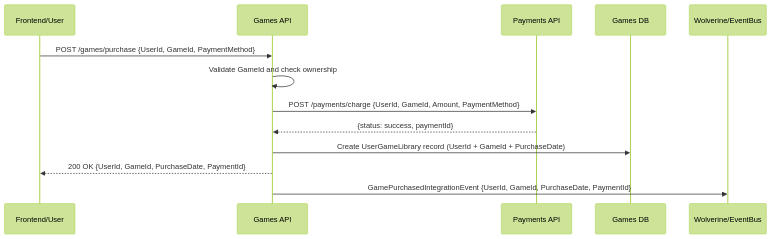
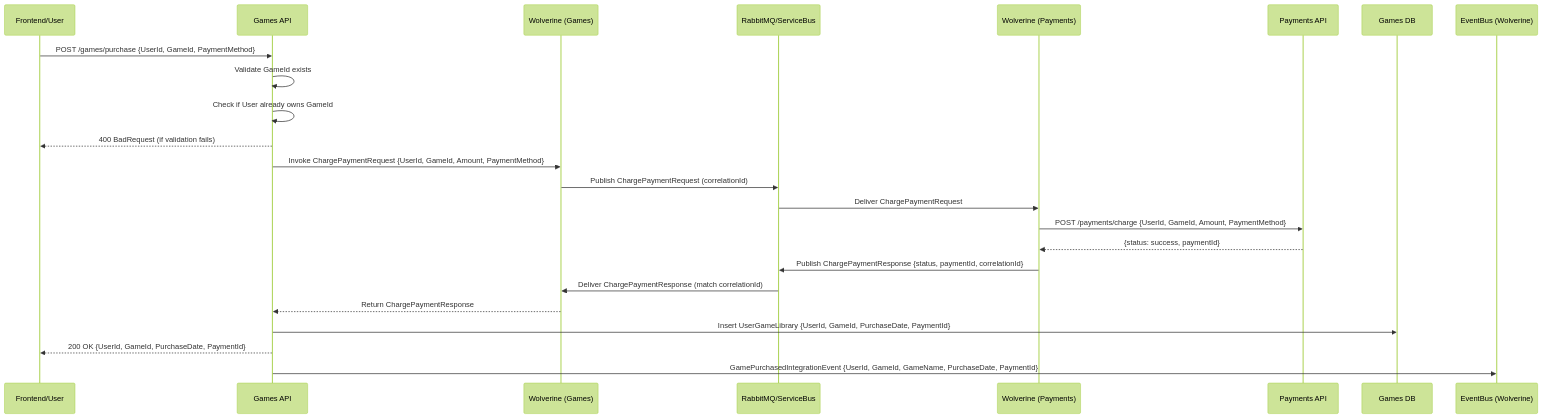
The diagram in README.md (rdpresser/tc-cloudgames-payments), drawn with Mermaid (forest theme) before and after one commit.

Commit message:
ajuste diagrama

````diff
--- a/README.md
+++ b/README.md
@@ -236,16 +235,27 @@
 ```mermaid
 sequenceDiagram
     participant User as Frontend/User
     participant Games as Games API
+    participant WGames as Wolverine (Games)
+    participant Bus as RabbitMQ/ServiceBus
+    participant WPayments as Wolverine (Payments)
     participant Payments as Payments API
     participant DB as Games DB
-    participant Bus as Wolverine/EventBus
+    participant EventBus as EventBus (Wolverine)
 
     User->>Games: POST /games/purchase {UserId, GameId, PaymentMethod}
-    Games->>Games: Validate GameId and check ownership
-    Games->>Payments: POST /payments/charge {UserId, GameId, Amount, PaymentMethod}
-    Payments-->>Games: {status: success, paymentId}
-    Games->>DB: Create UserGameLibrary record (UserId + GameId + PurchaseDate)
+    Games->>Games: Validate GameId exists
+    Games->>Games: Check if User already owns GameId
+    Games-->>User: 400 BadRequest (if validation fails)
+    Games->>WGames: Invoke ChargePaymentRequest {UserId, GameId, Amount, PaymentMethod}
+    WGames->>Bus: Publish ChargePaymentRequest (correlationId)
+    Bus->>WPayments: Deliver ChargePaymentRequest
+    WPayments->>Payments: POST /payments/charge {UserId, GameId, Amount, PaymentMethod}
+    Payments-->>WPayments: {status: success, paymentId}
+    WPayments->>Bus: Publish ChargePaymentResponse {status, paymentId, correlationId}
+    Bus->>WGames: Deliver ChargePaymentResponse (match correlationId)
+    WGames-->>Games: Return ChargePaymentResponse
+    Games->>DB: Insert UserGameLibrary {UserId, GameId, PurchaseDate, PaymentId}
     Games-->>User: 200 OK {UserId, GameId, PurchaseDate, PaymentId}
-    Games->>Bus: GamePurchasedIntegrationEvent {UserId, GameId, PurchaseDate, PaymentId}
+    Games->>EventBus: GamePurchasedIntegrationEvent {UserId, GameId, GameName, PurchaseDate, PaymentId}
 ```
````
